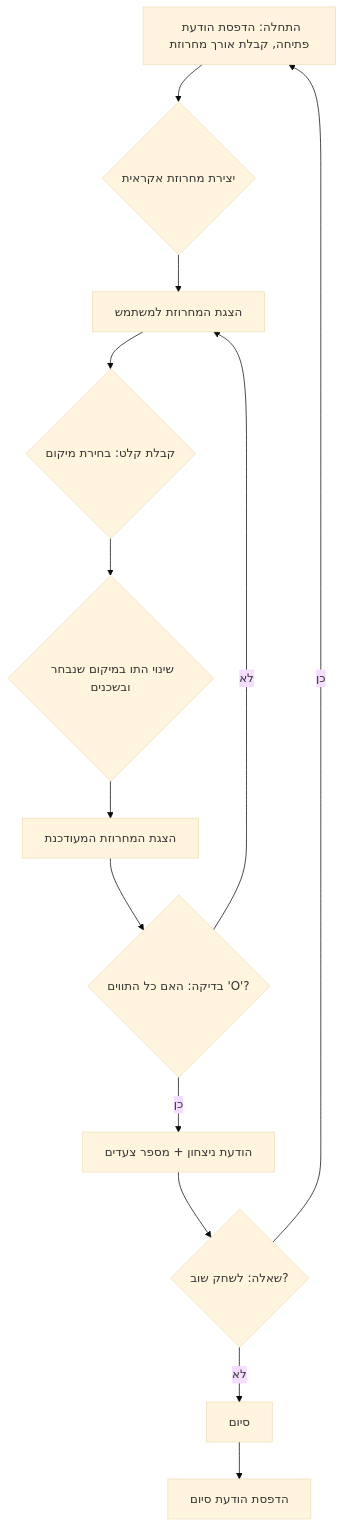
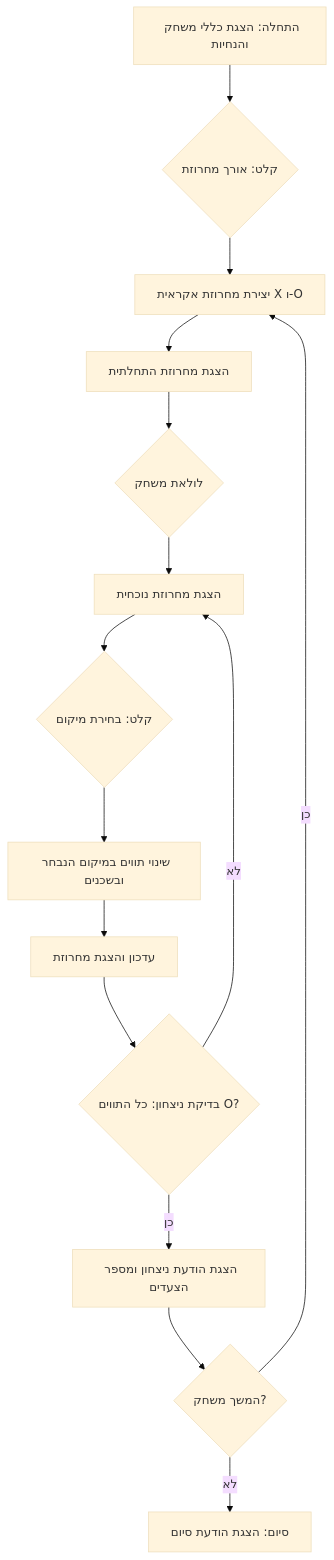
One commit to hypo69/hypo changed the diagram in docs/gemini/he/explainer/src/endpoints/ai_games/101_basic_computer_games/ru/rules/39_fipfop.ru.md.md. Above: the diagram before and after it, drawn with Mermaid (base theme). The commit also changed other lines of this file and 885 other files, not shown here.

````diff
--- a/docs/gemini/he/explainer/src/endpoints/ai_games/101_basic_computer_games/ru/rules/39_fipfop.ru.md.md
+++ b/docs/gemini/he/explainer/src/endpoints/ai_games/101_basic_computer_games/ru/rules/39_fipfop.ru.md.md
@@ -44,16 +41,18 @@
 ```mermaid
 flowchart TD
-    A[התחלה: הדפסת הודעת פתיחה, קבלת אורך מחרוזת] --> B{יצירת מחרוזת אקראית}
-    B --> C[הצגת המחרוזת למשתמש]
-    C --> D{קבלת קלט: בחירת מיקום}
-    D --> E{שינוי התו במיקום שנבחר ובשכנים}
-    E --> F[הצגת המחרוזת המעודכנת]
-    F --> G{בדיקה: האם כל התווים 'O'?}
-    G -- כן --> H[הודעת ניצחון + מספר צעדים]
-    G -- לא --> C
-    H --> I{שאלה: לשחק שוב?}
-     I -- כן --> A
-     I -- לא --> J[סיום]
-     J--> K[הדפסת הודעת סיום]
-    
+    A[התחלה: הצגת כללי משחק והנחיות] --> B{קלט: אורך מחרוזת};
+    B --> C[יצירת מחרוזת אקראית X ו-O];
+    C --> D[הצגת מחרוזת התחלתית];
+    D --> E{לולאת משחק};
+    E --> F[הצגת מחרוזת נוכחית];
+    F --> G{קלט: בחירת מיקום};
+    G --> H[שינוי תווים במיקום הנבחר ובשכנים];
+    H --> I[עדכון והצגת מחרוזת];
+    I --> J{בדיקת ניצחון: כל התווים O?};
+    J -- כן --> K[הצגת הודעת ניצחון ומספר הצעדים];
+    J -- לא --> F;
+    K --> L{המשך משחק?};
+        L -- כן --> C
+        L -- לא --> M[סיום: הצגת הודעת סיום]
+
 ```
````
